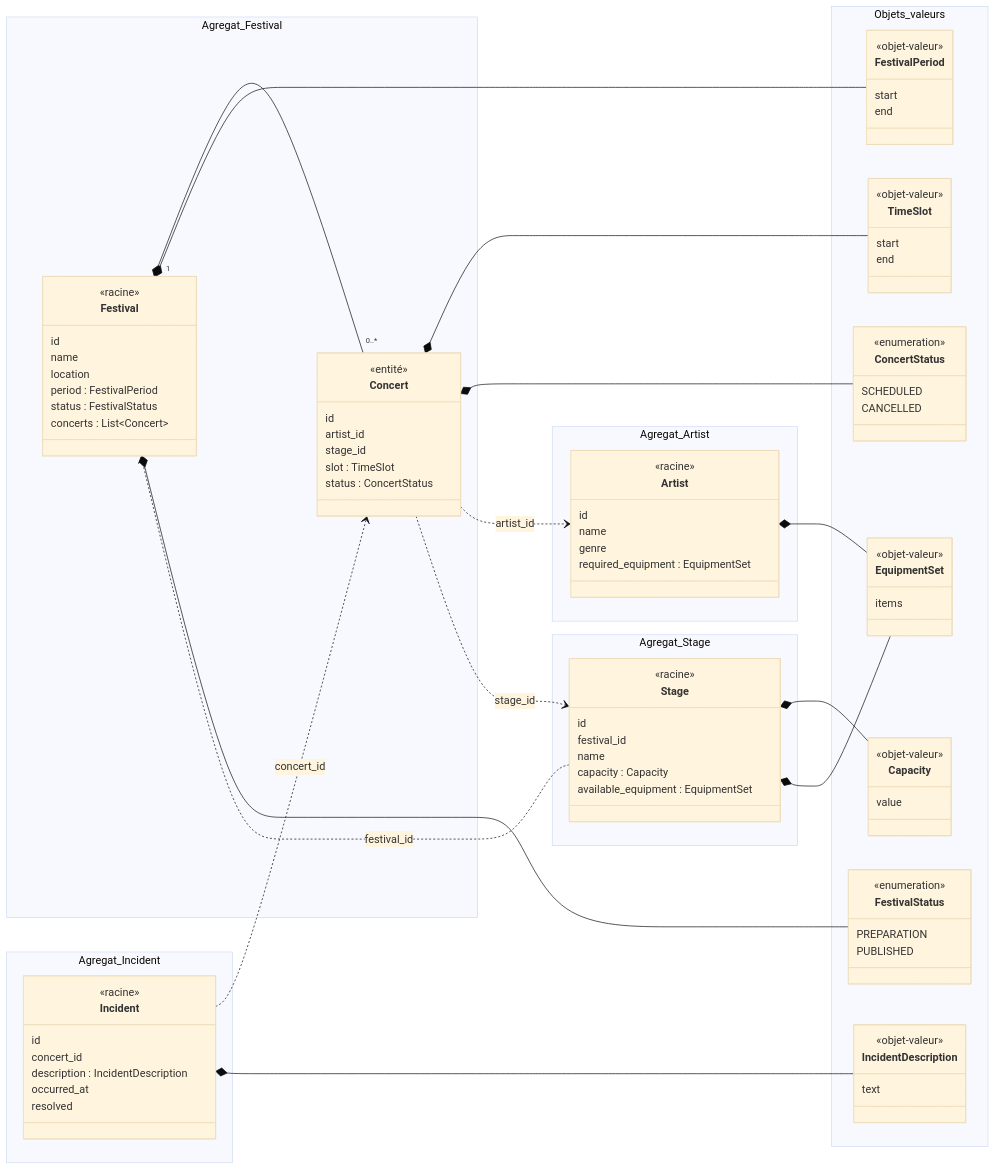
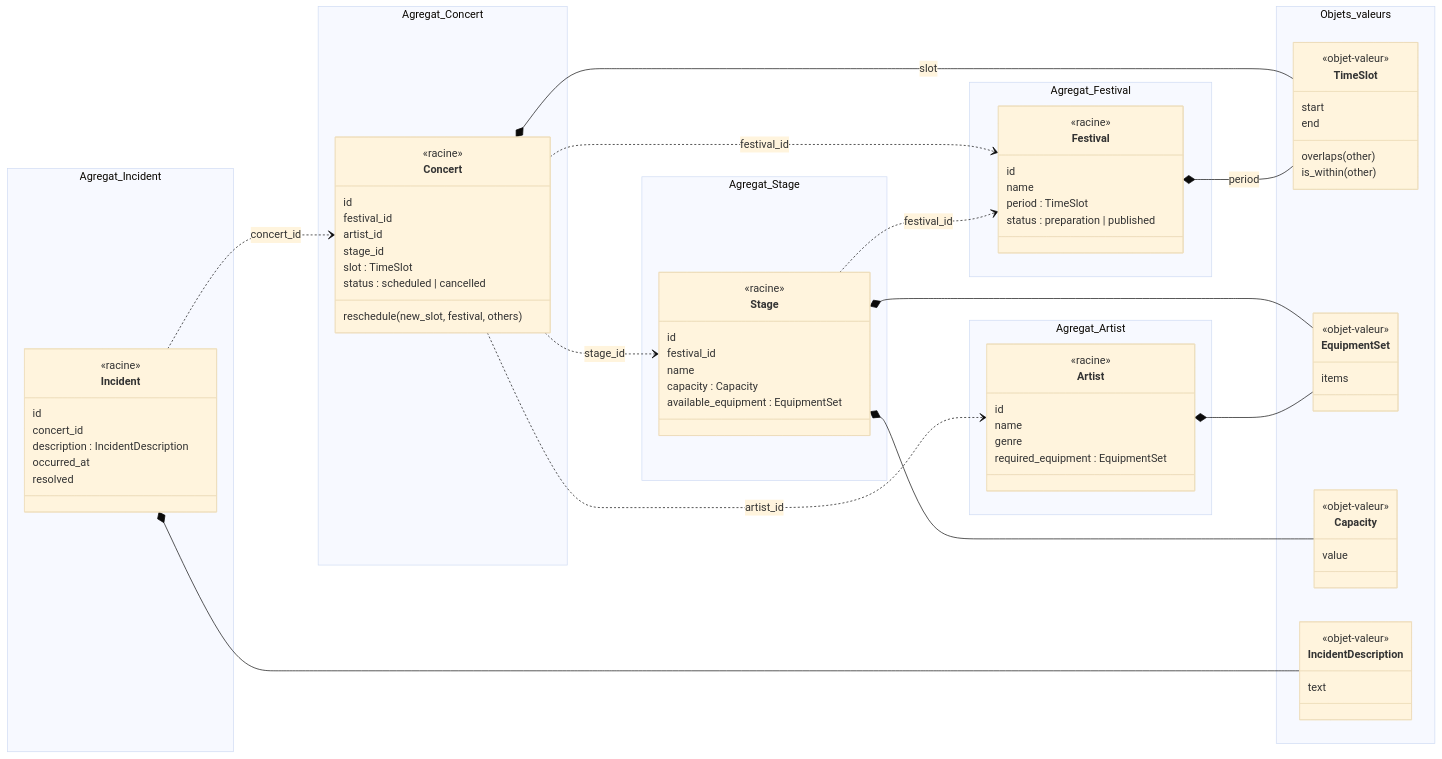
One commit to gabichcochet/FestiplanbyNicoWillyGabi changed the first of 2 diagrams in festiplan/livrables/modele-domaine.md. Above: the diagram before and after it, drawn with Mermaid (base theme). The commit also changed other lines of this file, not shown here.

````diff
--- a/festiplan/livrables/modele-domaine.md
+++ b/festiplan/livrables/modele-domaine.md
@@ -5,24 +5,27 @@
 ```mermaid
 classDiagram
     direction LR
+
+    namespace Agregat_Concert {
+        class Concert {
+            <<racine>>
+            id
+            festival_id
+            artist_id
+            stage_id
+            slot : TimeSlot
+            status : scheduled | cancelled
+            reschedule(new_slot, festival, others)
+        }
+    }
 
     namespace Agregat_Festival {
         class Festival {
             <<racine>>
             id
             name
-            location
-            period : FestivalPeriod
-            status : FestivalStatus
-            concerts : List~Concert~
-        }
-        class Concert {
-            <<entité>>
-            id
-            artist_id
-            stage_id
-            slot : TimeSlot
-            status : ConcertStatus
+            period : TimeSlot
+            status : preparation | published
         }
     }
 
@@ -63,11 +66,8 @@
             <<objet-valeur>>
             start
             end
-        }
-        class FestivalPeriod {
-            <<objet-valeur>>
-            start
-            end
+            overlaps(other)
+            is_within(other)
         }
         class EquipmentSet {
             <<objet-valeur>>
@@ -81,23 +81,11 @@
             <<objet-valeur>>
             text
         }
-        class FestivalStatus {
-            <<enumeration>>
-            PREPARATION
-            PUBLISHED
-        }
-        class ConcertStatus {
-            <<enumeration>>
-            SCHEDULED
-            CANCELLED
-        }
     }
 
-    Festival "1" *-- "0..*" Concert
-    Festival *-- FestivalPeriod
-    Festival *-- FestivalStatus
-    Concert *-- TimeSlot
-    Concert *-- ConcertStatus
+    Concert *-- TimeSlot : slot
+    Festival *-- TimeSlot : period
+    Concert ..> Festival : festival_id
     Concert ..> Artist : artist_id
     Concert ..> Stage : stage_id
     Stage ..> Festival : festival_id
````
